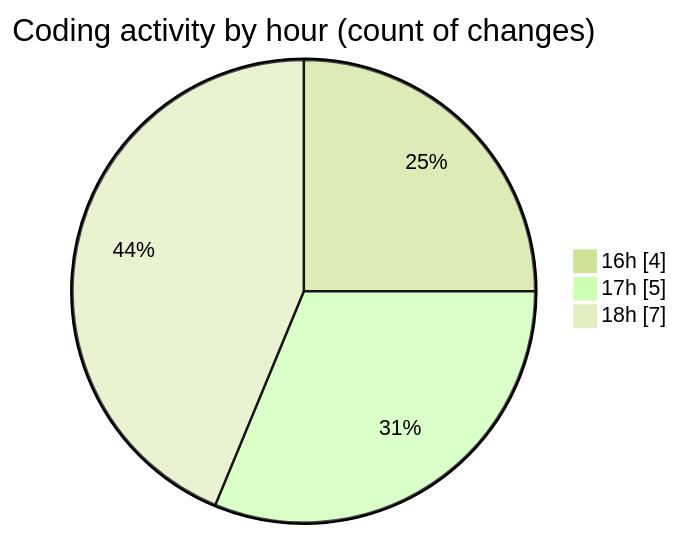
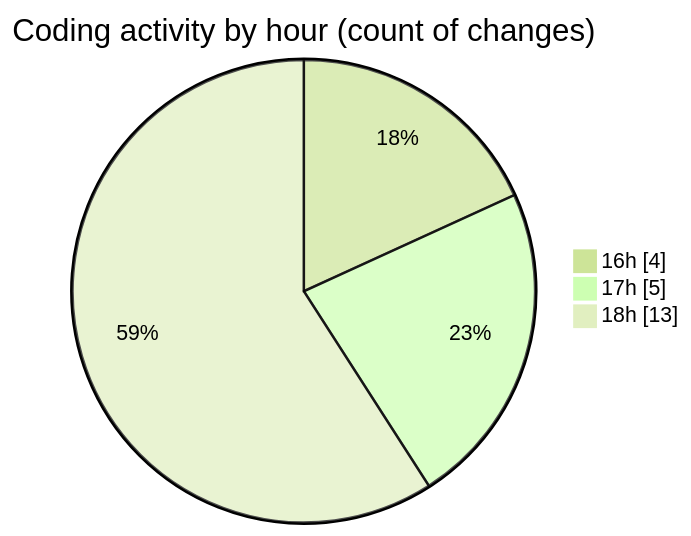
The second of 2 diagrams in 2025-07-12/cursor-openrouter-proxy/README.md (EIIisD/code-tracking), drawn with Mermaid (forest theme) before and after one commit. The commit also changed other lines of this file and 1 other file, not shown here.

````diff
--- a/2025-07-12/cursor-openrouter-proxy/README.md
+++ b/2025-07-12/cursor-openrouter-proxy/README.md
@@ -37,7 +40,7 @@
 ```mermaid
 pie showData
 title Coding activity by hour (count of changes)
 "16h" : 4
 "17h" : 5
-"18h" : 7
+"18h" : 13
 ```
````
